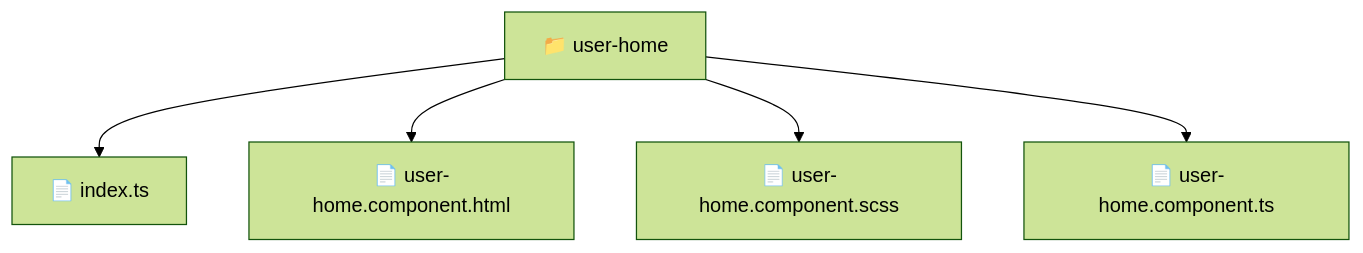
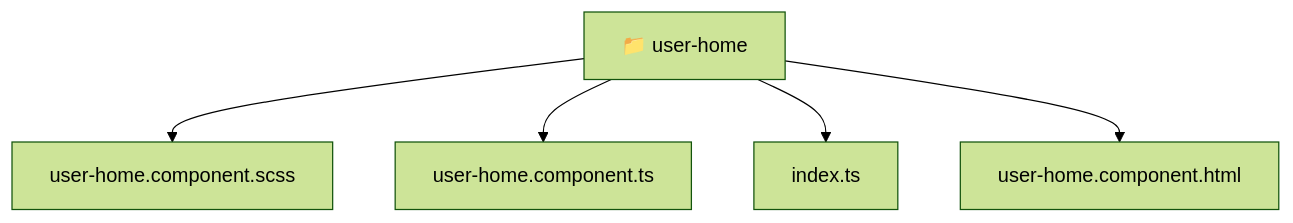
One commit to beginwebdev2002/fullstack-mavluda changed the diagram in frontend/src/pages/user-home/README.md. Above: the diagram before and after it, drawn with Mermaid (forest theme). The commit also changed other lines of this file and 167 other files, not shown here.

````diff
--- a/frontend/src/pages/user-home/README.md
+++ b/frontend/src/pages/user-home/README.md
@@ -11,8 +11,12 @@
 ```mermaid
 graph TD
-  Root["📁 user-home"]
-  Root --> index_ts["📄 index.ts"]
-  Root --> user_home_component_html["📄 user-home.component.html"]
-  Root --> user_home_component_scss["📄 user-home.component.scss"]
-  Root --> user_home_component_ts["📄 user-home.component.ts"]
+  Root_user_home["📁 user-home"]
+  f_user_home_component_scss["user-home.component.scss"]
+  Root_user_home --> f_user_home_component_scss
+  f_user_home_component_ts["user-home.component.ts"]
+  Root_user_home --> f_user_home_component_ts
+  f_index_ts["index.ts"]
+  Root_user_home --> f_index_ts
+  f_user_home_component_html["user-home.component.html"]
+  Root_user_home --> f_user_home_component_html
 ```
````
